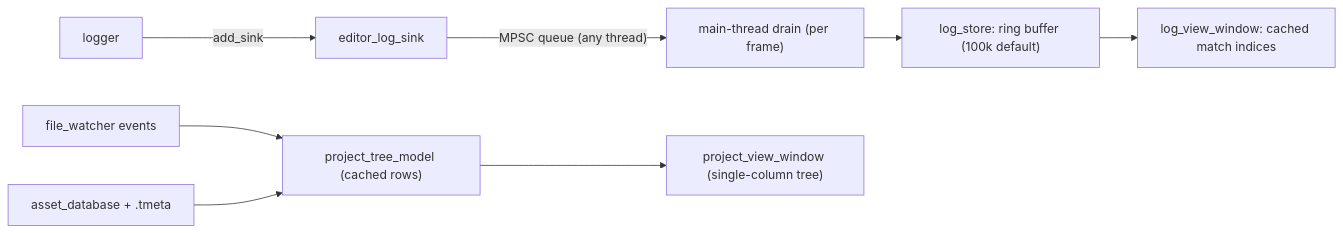
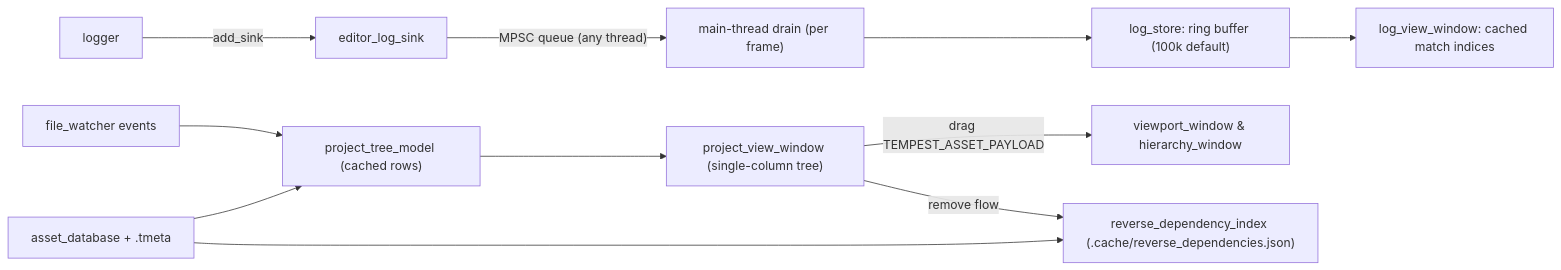
The diagram in docs/design/proposals/editor_log_and_project_views.md (nickclark2016/tempest), drawn with Mermaid before and after one commit. The commit also changed other lines of this file and 3 other files, not shown here.

Commit message:
Reverse dependency index, JSON cache codec

````diff
--- a/docs/design/proposals/editor_log_and_project_views.md
+++ b/docs/design/proposals/editor_log_and_project_views.md
@@ -21,10 +21,13 @@
 ```mermaid
 graph LR
     L["logger"] -->|"add_sink"| S["editor_log_sink"]
     S -->|"MPSC queue (any thread)"| D["main-thread drain (per frame)"]
     D --> RB["log_store: ring buffer (100k default)"]
     RB --> LV["log_view_window: cached match indices"]
     FW["file_watcher events"] --> PT["project_tree_model (cached rows)"]
     DB["asset_database + .tmeta"] --> PT
+    DB --> RDI["reverse_dependency_index (.cache/reverse_dependencies.json)"]
     PT --> PV["project_view_window (single-column tree)"]
+    PV -->|"drag TEMPEST_ASSET_PAYLOAD"| VW["viewport_window & hierarchy_window"]
+    PV -->|"remove flow"| RDI
 ```
````
